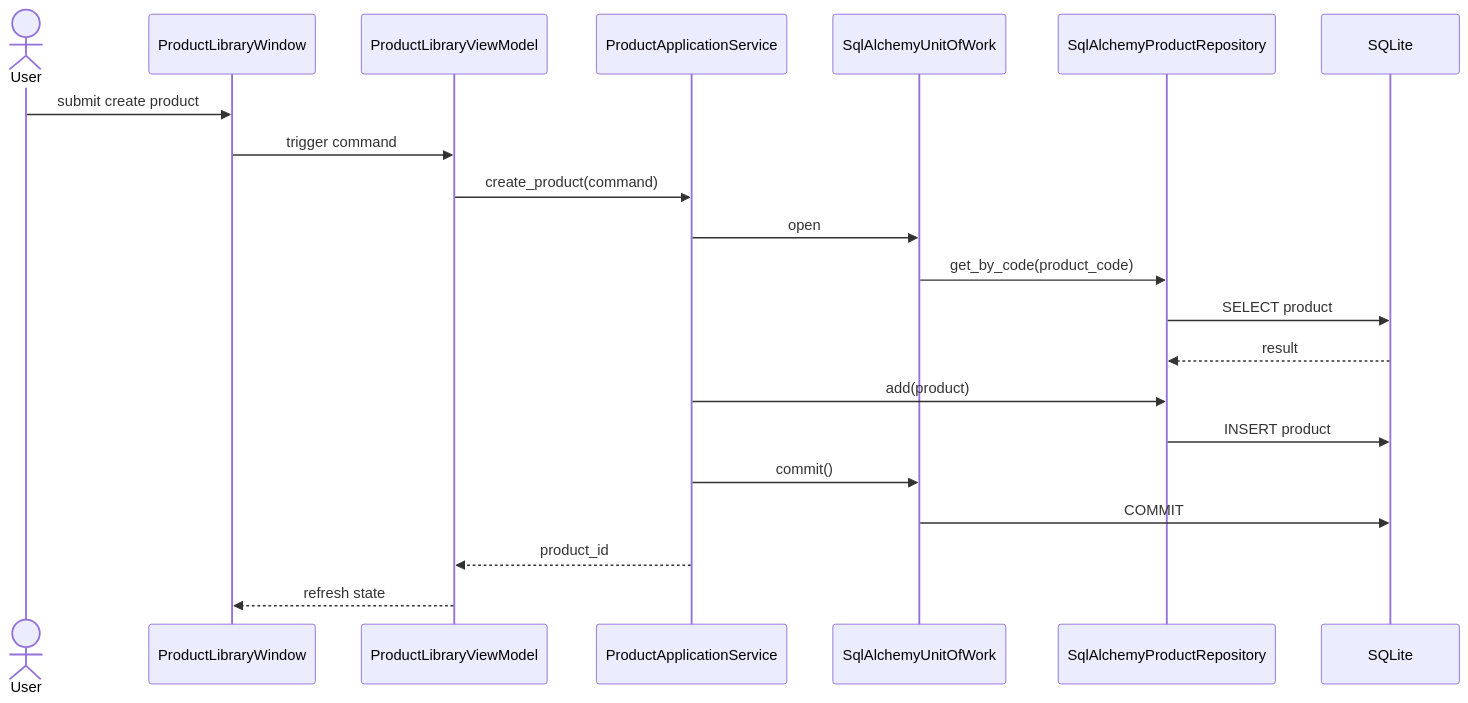
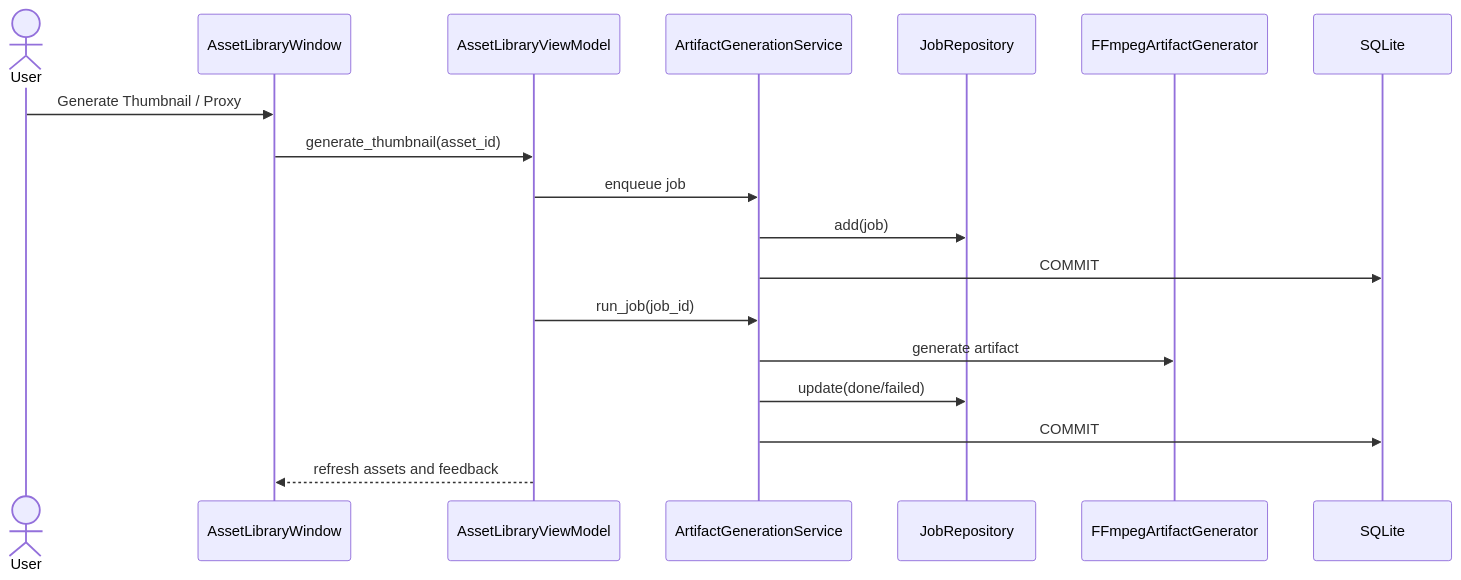
The third of 5 diagrams in doc/10_UML_System_Overview.md (idev006/MTClipFactory), drawn with Mermaid before and after one commit. The commit also changed other lines of this file and 43 other files, not shown here.

````diff
--- a/doc/10_UML_System_Overview.md
+++ b/doc/10_UML_System_Overview.md
@@ -254,24 +167,21 @@
 ```mermaid
 sequenceDiagram
     actor User
-    participant View as ProductLibraryWindow
-    participant VM as ProductLibraryViewModel
-    participant App as ProductApplicationService
-    participant UoW as SqlAlchemyUnitOfWork
-    participant Repo as SqlAlchemyProductRepository
+    participant View as AssetLibraryWindow
+    participant VM as AssetLibraryViewModel
+    participant Artifact as ArtifactGenerationService
+    participant JobRepo as JobRepository
+    participant FF as FFmpegArtifactGenerator
     participant DB as SQLite
 
-    User->>View: submit create product
-    View->>VM: trigger command
-    VM->>App: create_product(command)
-    App->>UoW: open
-    UoW->>Repo: get_by_code(product_code)
-    Repo->>DB: SELECT product
-    DB-->>Repo: result
-    App->>Repo: add(product)
-    Repo->>DB: INSERT product
-    App->>UoW: commit()
-    UoW->>DB: COMMIT
-    App-->>VM: product_id
-    VM-->>View: refresh state
+    User->>View: Generate Thumbnail / Proxy
+    View->>VM: generate_thumbnail(asset_id)
+    VM->>Artifact: enqueue job
+    Artifact->>JobRepo: add(job)
+    Artifact->>DB: COMMIT
+    VM->>Artifact: run_job(job_id)
+    Artifact->>FF: generate artifact
+    Artifact->>JobRepo: update(done/failed)
+    Artifact->>DB: COMMIT
+    VM-->>View: refresh assets and feedback
 ```
````
